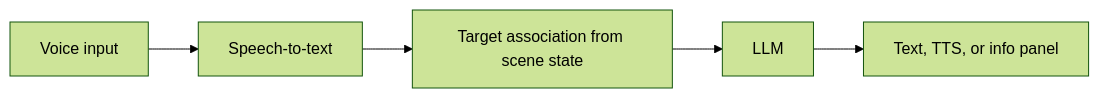
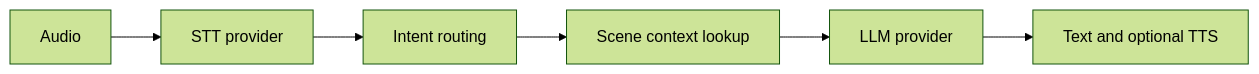
The sixth of 9 diagrams in docs/PROCESS_FLOWS.md (TKJ-Networkers31/VISTA_Project), drawn with Mermaid (forest theme) before and after one commit. The commit also changed other lines of this file and 44 other files, not shown here.

````diff
--- a/docs/PROCESS_FLOWS.md
+++ b/docs/PROCESS_FLOWS.md
@@ -44,4 +75,4 @@
 ```mermaid
 flowchart LR
-  MIC[Voice input] --> STT[Speech-to-text] --> ASSOC[Target association from scene state] --> LLM[LLM] --> OUT[Text, TTS, or info panel]
+  MIC[Audio] --> STT[STT provider] --> INT[Intent routing] --> CTX[Scene context lookup] --> LLM[LLM provider] --> OUT[Text and optional TTS]
 ```
````
